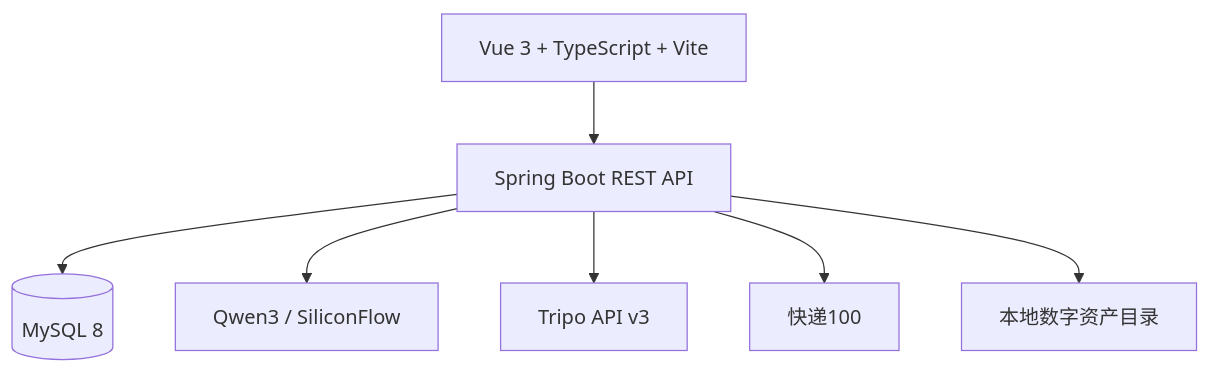
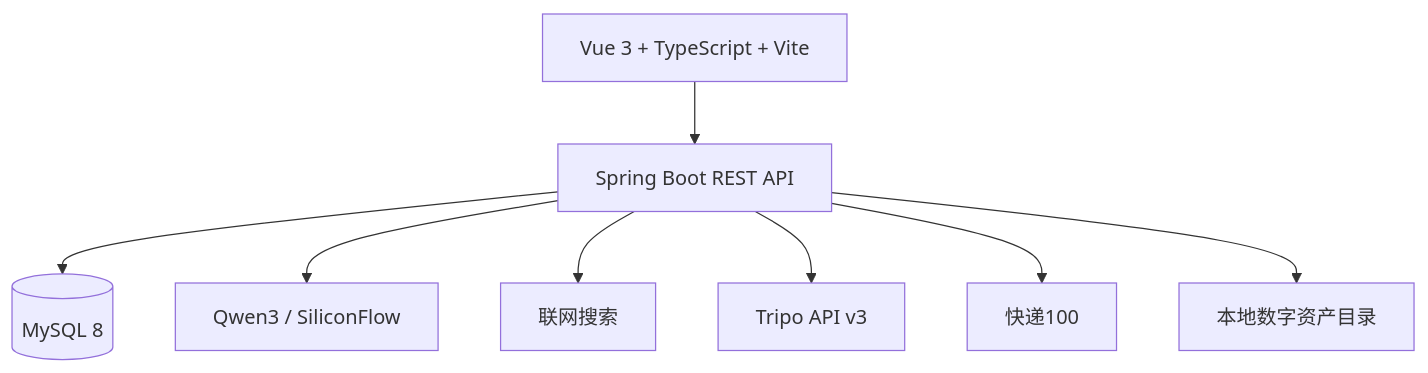
The second of 2 diagrams in README.md (Timekeeper-vv/AndTaste), drawn with Mermaid before and after one commit. The commit also changed other lines of this file and 11 other files, not shown here.

````diff
--- a/README.md
+++ b/README.md
@@ -260,9 +334,10 @@
 ```mermaid
 flowchart TB
     V[Vue 3 + TypeScript + Vite] --> S[Spring Boot REST API]
     S --> M[(MySQL 8)]
     S --> Q[Qwen3 / SiliconFlow]
+    S --> W[联网搜索]
     S --> T[Tripo API v3]
     S --> K[快递100]
     S --> F[本地数字资产目录]
 ```
````
